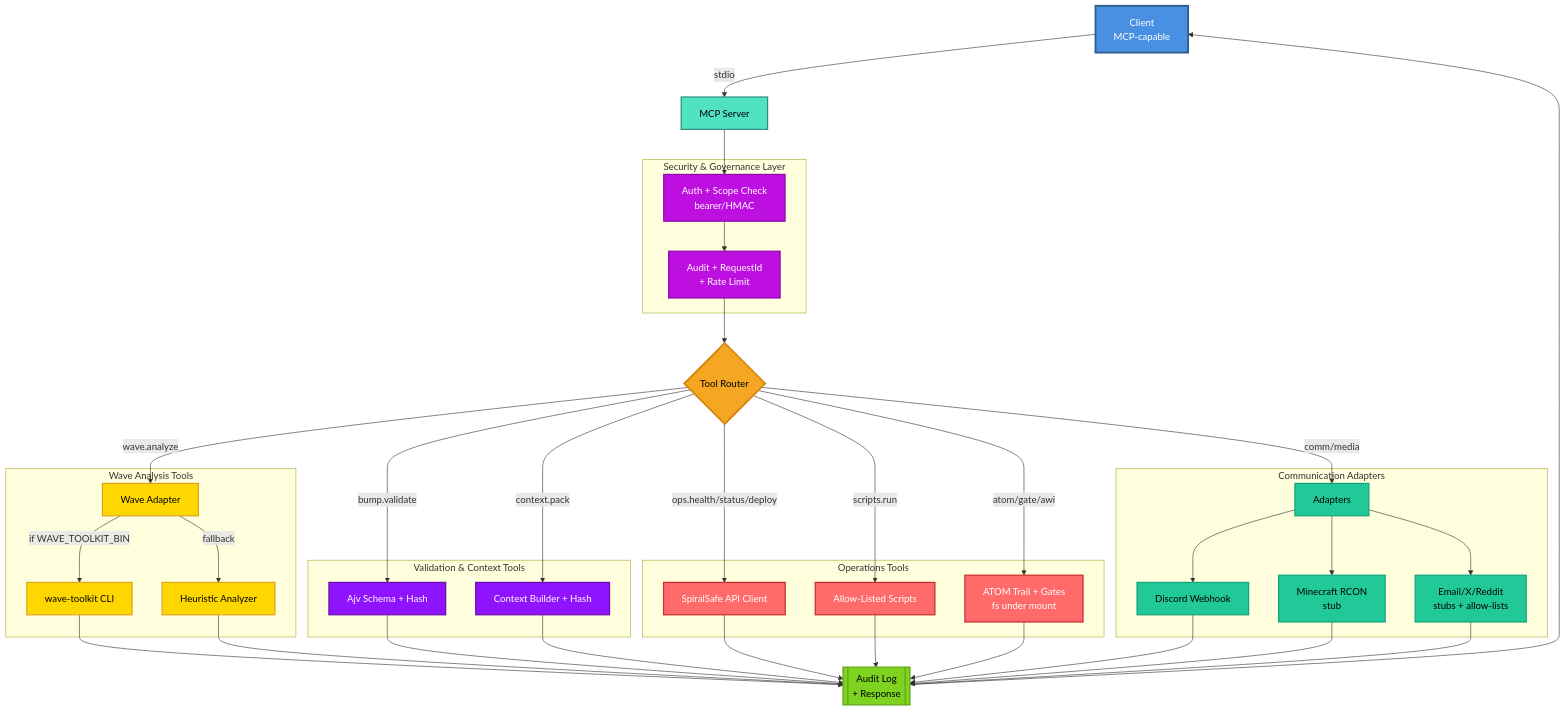
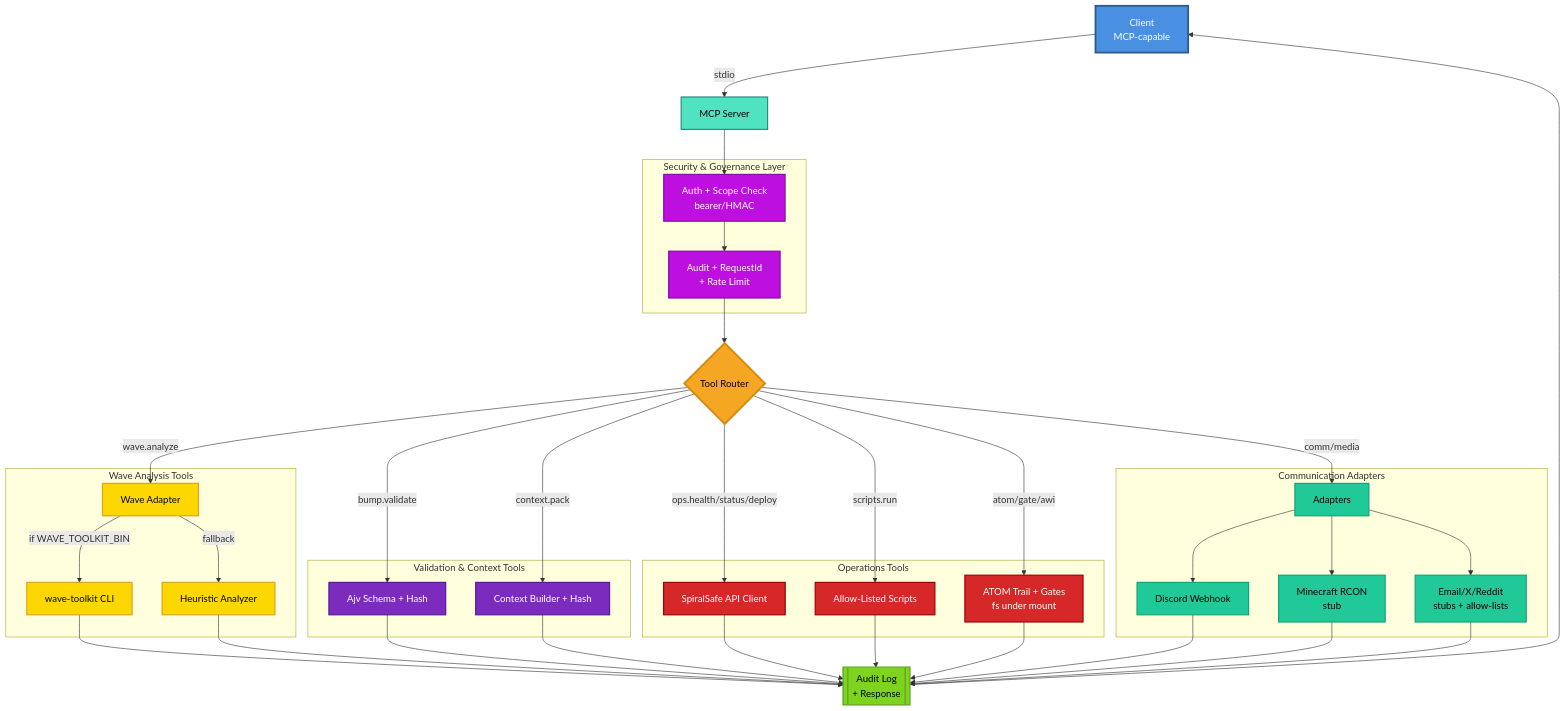
The diagram in docs/data-flow.md (toolate28/coherence-mcp), drawn with Mermaid before and after one commit. The commit also changed 1 other file, not shown here.

Commit message:
Fix accessibility: improve color contrast and replace arrow entity

```diff
--- a/docs/data-flow.md
+++ b/docs/data-flow.md
@@ -74,8 +74,8 @@
   classDef securityStyle fill:#BD10E0,stroke:#8B0AA8,stroke-width:2px,color:#fff
   classDef routerStyle fill:#F5A623,stroke:#D68910,stroke-width:3px,color:#000
   classDef waveStyle fill:#FFD700,stroke:#DAA520,stroke-width:2px,color:#000
-  classDef validationStyle fill:#9013FE,stroke:#6A0DAD,stroke-width:2px,color:#fff
-  classDef opsStyle fill:#FF6B6B,stroke:#C92A2A,stroke-width:2px,color:#fff
+  classDef validationStyle fill:#7B2CBF,stroke:#5A189A,stroke-width:2px,color:#fff
+  classDef opsStyle fill:#D62828,stroke:#9D0208,stroke-width:2px,color:#fff
   classDef commStyle fill:#20C997,stroke:#15A37B,stroke-width:2px,color:#000
   classDef auditStyle fill:#7ED321,stroke:#5FA319,stroke-width:2px,color:#000
   
```
